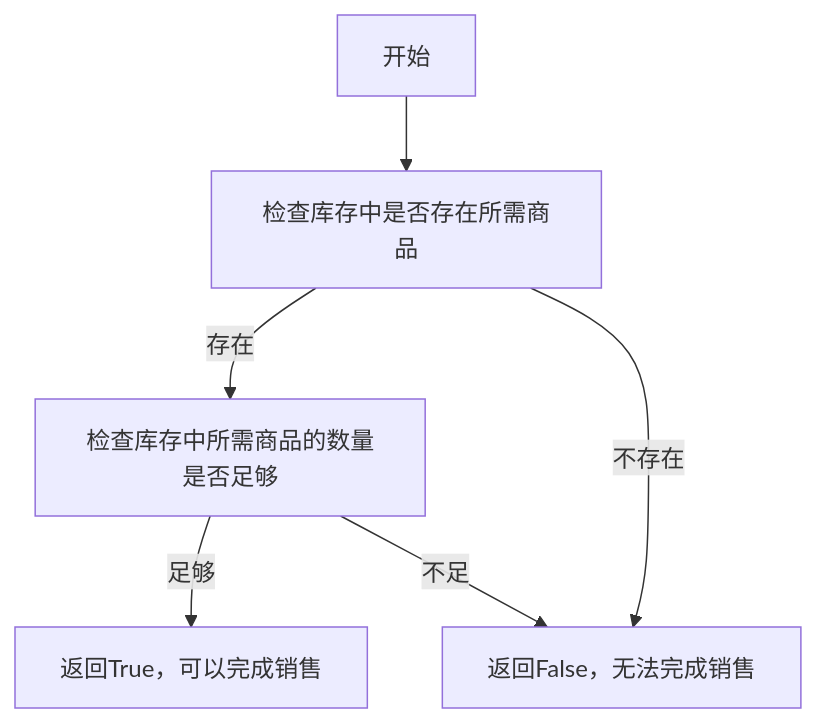
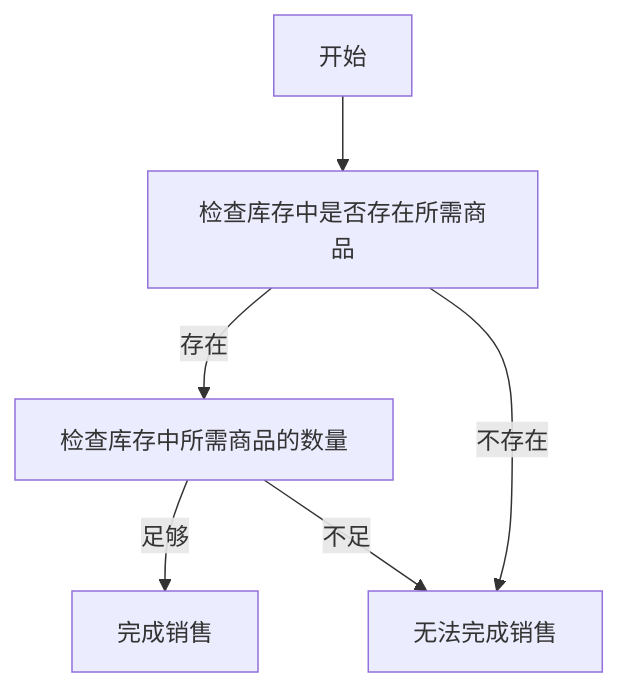
One commit to RonaWhite/python changed the fifth of 6 diagrams in Experiment/experiment4.md. Above: the diagram before and after it, drawn with Mermaid. The commit also changed other lines of this file, not shown here.

````diff
--- a/Experiment/experiment4.md
+++ b/Experiment/experiment4.md
@@ -1427,8 +1427,8 @@
 ```mermaid
 graph TD
 A[开始] --> B[检查库存中是否存在所需商品]
-B -->|存在| C[检查库存中所需商品的数量是否足够]
-C -->|足够| D[返回True，可以完成销售]
-C -->|不足| E[返回False，无法完成销售]
-B -->|不存在| E[返回False，无法完成销售]
+B -->|存在| C[检查库存中所需商品的数量]
+C -->|足够| D[完成销售]
+C -->|不足| E[无法完成销售]
+B -->|不存在| E[无法完成销售]
 ```
````
